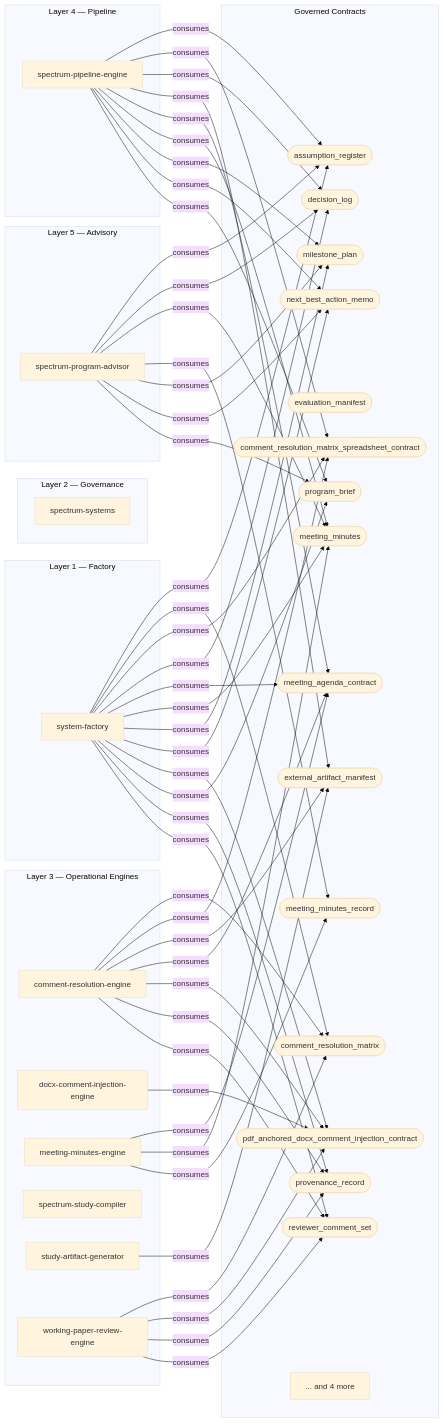
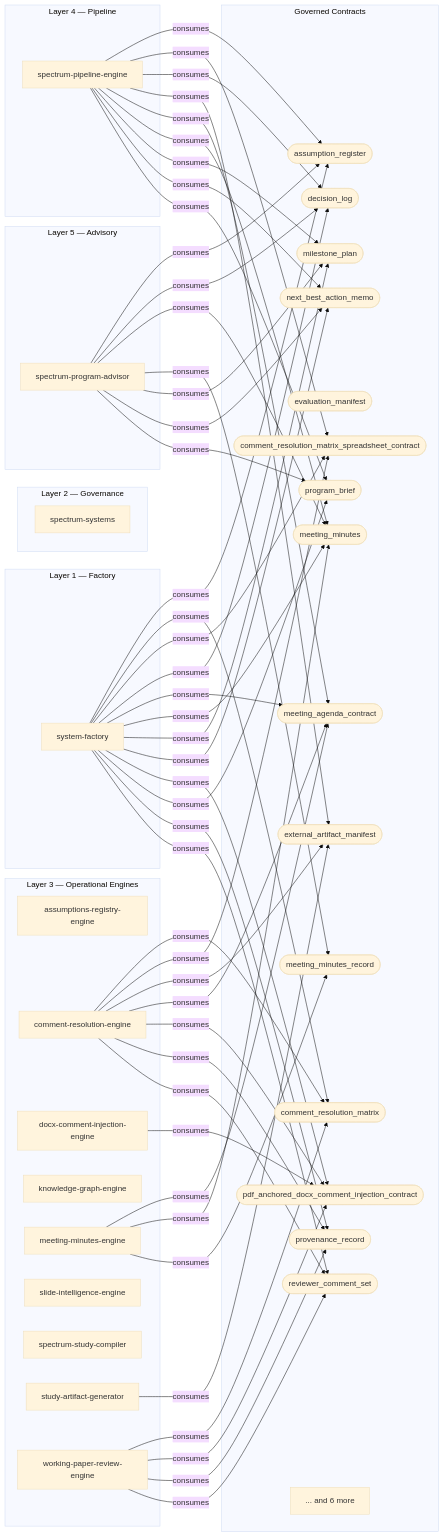
Before and after one commit to nicklasorte/spectrum-systems: the diagram in governance/reports/ecosystem-architecture-graph.mmd, drawn with Mermaid (base theme). The commit also changed 28 other files, not shown here.

Commit message:
feat: implement Slide Intelligence Layer (post-P roadmap)

```diff
--- a/governance/reports/ecosystem-architecture-graph.mmd
+++ b/governance/reports/ecosystem-architecture-graph.mmd
@@ -1,90 +1,93 @@
 graph LR
 
   subgraph Layer 2["Layer 2 — Governance"]
     spectrum_systems["spectrum-systems"]
   end
 
   subgraph Layer 1["Layer 1 — Factory"]
     system_factory["system-factory"]
   end
 
   subgraph Layer 3["Layer 3 — Operational Engines"]
+    assumptions_registry_engine["assumptions-registry-engine"]
     comment_resolution_engine["comment-resolution-engine"]
     docx_comment_injection_engine["docx-comment-injection-engine"]
+    knowledge_graph_engine["knowledge-graph-engine"]
     meeting_minutes_engine["meeting-minutes-engine"]
+    slide_intelligence_engine["slide-intelligence-engine"]
     spectrum_study_compiler["spectrum-study-compiler"]
     study_artifact_generator["study-artifact-generator"]
     working_paper_review_engine["working-paper-review-engine"]
   end
 
   subgraph Layer 4["Layer 4 — Pipeline"]
     spectrum_pipeline_engine["spectrum-pipeline-engine"]
   end
 
   subgraph Layer 5["Layer 5 — Advisory"]
     spectrum_program_advisor["spectrum-program-advisor"]
   end
 
   subgraph Contracts["Governed Contracts"]
     assumption_register(["assumption_register"])
     comment_resolution_matrix(["comment_resolution_matrix"])
     comment_resolution_matrix_spreadsheet_contract(["comment_resolution_matrix_spreadsheet_contract"])
     decision_log(["decision_log"])
     evaluation_manifest(["evaluation_manifest"])
     external_artifact_manifest(["external_artifact_manifest"])
     meeting_agenda_contract(["meeting_agenda_contract"])
     meeting_minutes(["meeting_minutes"])
     meeting_minutes_record(["meeting_minutes_record"])
     milestone_plan(["milestone_plan"])
     next_best_action_memo(["next_best_action_memo"])
     pdf_anchored_docx_comment_injection_contract(["pdf_anchored_docx_comment_injection_contract"])
     program_brief(["program_brief"])
     provenance_record(["provenance_record"])
     reviewer_comment_set(["reviewer_comment_set"])
-    more_contracts["... and 4 more"]
+    more_contracts["... and 6 more"]
   end
 
   comment_resolution_engine -->|consumes| comment_resolution_matrix
   comment_resolution_engine -->|consumes| comment_resolution_matrix_spreadsheet_contract
   comment_resolution_engine -->|consumes| external_artifact_manifest
   comment_resolution_engine -->|consumes| meeting_agenda_contract
   comment_resolution_engine -->|consumes| pdf_anchored_docx_comment_injection_contract
   comment_resolution_engine -->|consumes| provenance_record
   comment_resolution_engine -->|consumes| reviewer_comment_set
   docx_comment_injection_engine -->|consumes| pdf_anchored_docx_comment_injection_contract
   meeting_minutes_engine -->|consumes| meeting_agenda_contract
   meeting_minutes_engine -->|consumes| meeting_minutes
   meeting_minutes_engine -->|consumes| meeting_minutes_record
   spectrum_pipeline_engine -->|consumes| assumption_register
   spectrum_pipeline_engine -->|consumes| comment_resolution_matrix_spreadsheet_contract
   spectrum_pipeline_engine -->|consumes| decision_log
   spectrum_pipeline_engine -->|consumes| external_artifact_manifest
   spectrum_pipeline_engine -->|consumes| meeting_agenda_contract
   spectrum_pipeline_engine -->|consumes| meeting_minutes
   spectrum_pipeline_engine -->|consumes| milestone_plan
   spectrum_pipeline_engine -->|consumes| next_best_action_memo
   spectrum_pipeline_engine -->|consumes| program_brief
   spectrum_program_advisor -->|consumes| assumption_register
   spectrum_program_advisor -->|consumes| decision_log
   spectrum_program_advisor -->|consumes| meeting_minutes
   spectrum_program_advisor -->|consumes| meeting_minutes_record
   spectrum_program_advisor -->|consumes| milestone_plan
   spectrum_program_advisor -->|consumes| next_best_action_memo
   spectrum_program_advisor -->|consumes| program_brief
   study_artifact_generator -->|consumes| external_artifact_manifest
   system_factory -->|consumes| assumption_register
   system_factory -->|consumes| comment_resolution_matrix
   system_factory -->|consumes| comment_resolution_matrix_spreadsheet_contract
   system_factory -->|consumes| decision_log
   system_factory -->|consumes| meeting_agenda_contract
   system_factory -->|consumes| meeting_minutes
   system_factory -->|consumes| milestone_plan
   system_factory -->|consumes| next_best_action_memo
   system_factory -->|consumes| pdf_anchored_docx_comment_injection_contract
   system_factory -->|consumes| program_brief
   system_factory -->|consumes| provenance_record
   system_factory -->|consumes| reviewer_comment_set
   working_paper_review_engine -->|consumes| comment_resolution_matrix
   working_paper_review_engine -->|consumes| pdf_anchored_docx_comment_injection_contract
   working_paper_review_engine -->|consumes| provenance_record
   working_paper_review_engine -->|consumes| reviewer_comment_set
```
